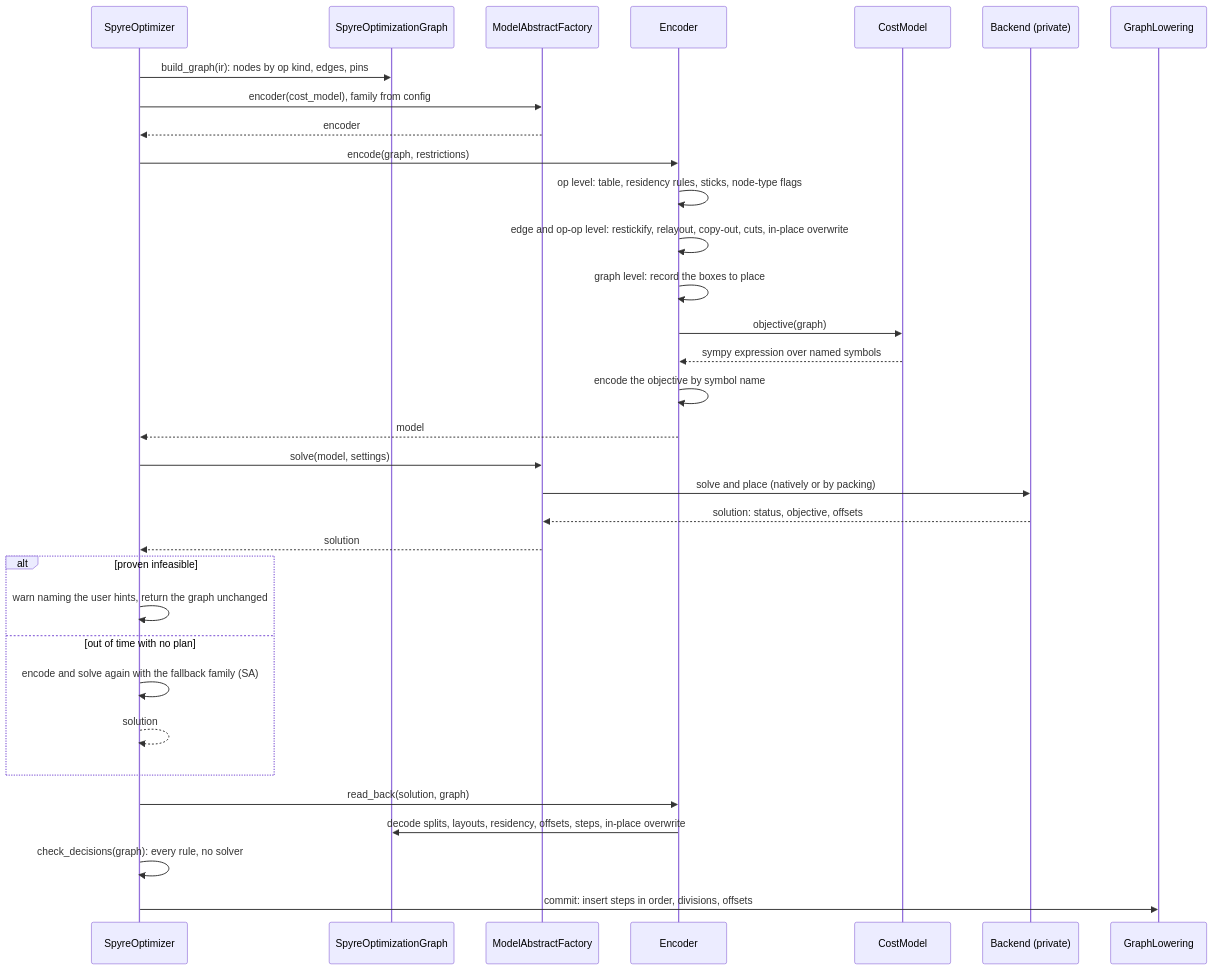
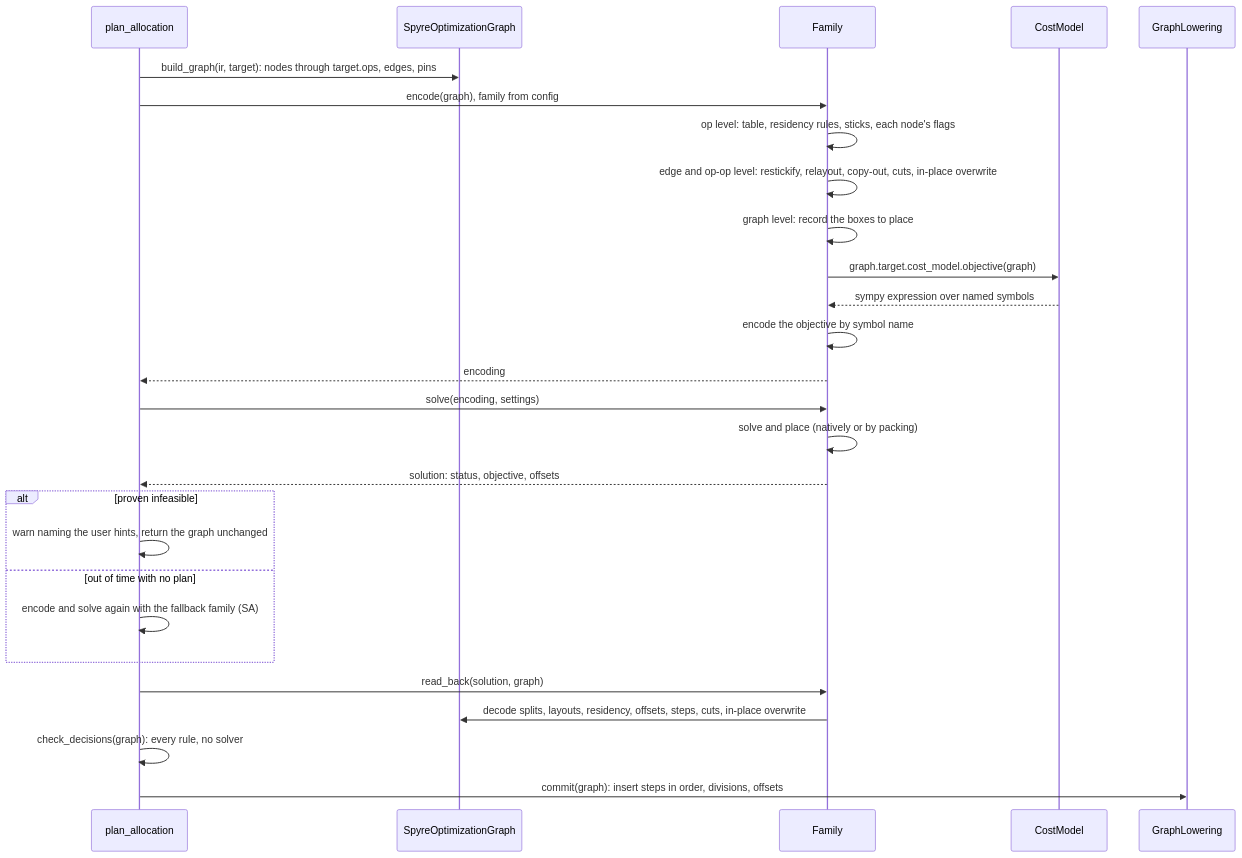
One commit to spectre-ns/spyre-roadmap changed the sixth of 6 diagrams in plans/lx-allocator.md. Above: the diagram before and after it, drawn with Mermaid. The commit also changed other lines of this file, not shown here.

````diff
--- a/plans/lx-allocator.md
+++ b/plans/lx-allocator.md
@@ -479,36 +443,30 @@
 ```mermaid
 sequenceDiagram
-    participant O as SpyreOptimizer
+    participant P as plan_allocation
     participant G as SpyreOptimizationGraph
-    participant F as ModelAbstractFactory
-    participant E as Encoder
+    participant F as Family
     participant C as CostModel
-    participant B as Backend (private)
     participant IR as GraphLowering
 
-    O->>G: build_graph(ir): nodes by op kind, edges, pins
-    O->>F: encoder(cost_model), family from config
-    F-->>O: encoder
-    O->>E: encode(graph, restrictions)
-    E->>E: op level: table, residency rules, sticks, node-type flags
-    E->>E: edge and op-op level: restickify, relayout, copy-out, cuts, in-place overwrite
-    E->>E: graph level: record the boxes to place
-    E->>C: objective(graph)
-    C-->>E: sympy expression over named symbols
-    E->>E: encode the objective by symbol name
-    E-->>O: model
-    O->>F: solve(model, settings)
-    F->>B: solve and place (natively or by packing)
-    B-->>F: solution: status, objective, offsets
-    F-->>O: solution
+    P->>G: build_graph(ir, target): nodes through target.ops, edges, pins
+    P->>F: encode(graph), family from config
+    F->>F: op level: table, residency rules, sticks, each node's flags
+    F->>F: edge and op-op level: restickify, relayout, copy-out, cuts, in-place overwrite
+    F->>F: graph level: record the boxes to place
+    F->>C: graph.target.cost_model.objective(graph)
+    C-->>F: sympy expression over named symbols
+    F->>F: encode the objective by symbol name
+    F-->>P: encoding
+    P->>F: solve(encoding, settings)
+    F->>F: solve and place (natively or by packing)
+    F-->>P: solution: status, objective, offsets
     alt proven infeasible
-        O->>O: warn naming the user hints, return the graph unchanged
+        P->>P: warn naming the user hints, return the graph unchanged
     else out of time with no plan
-        O->>O: encode and solve again with the fallback family (SA)
-        O-->>O: solution
+        P->>P: encode and solve again with the fallback family (SA)
     end
-    O->>E: read_back(solution, graph)
-    E->>G: decode splits, layouts, residency, offsets, steps, in-place overwrite
-    O->>O: check_decisions(graph): every rule, no solver
-    O->>IR: commit: insert steps in order, divisions, offsets
+    P->>F: read_back(solution, graph)
+    F->>G: decode splits, layouts, residency, offsets, steps, cuts, in-place overwrite
+    P->>P: check_decisions(graph): every rule, no solver
+    P->>IR: commit(graph): insert steps in order, divisions, offsets
 ```
````
